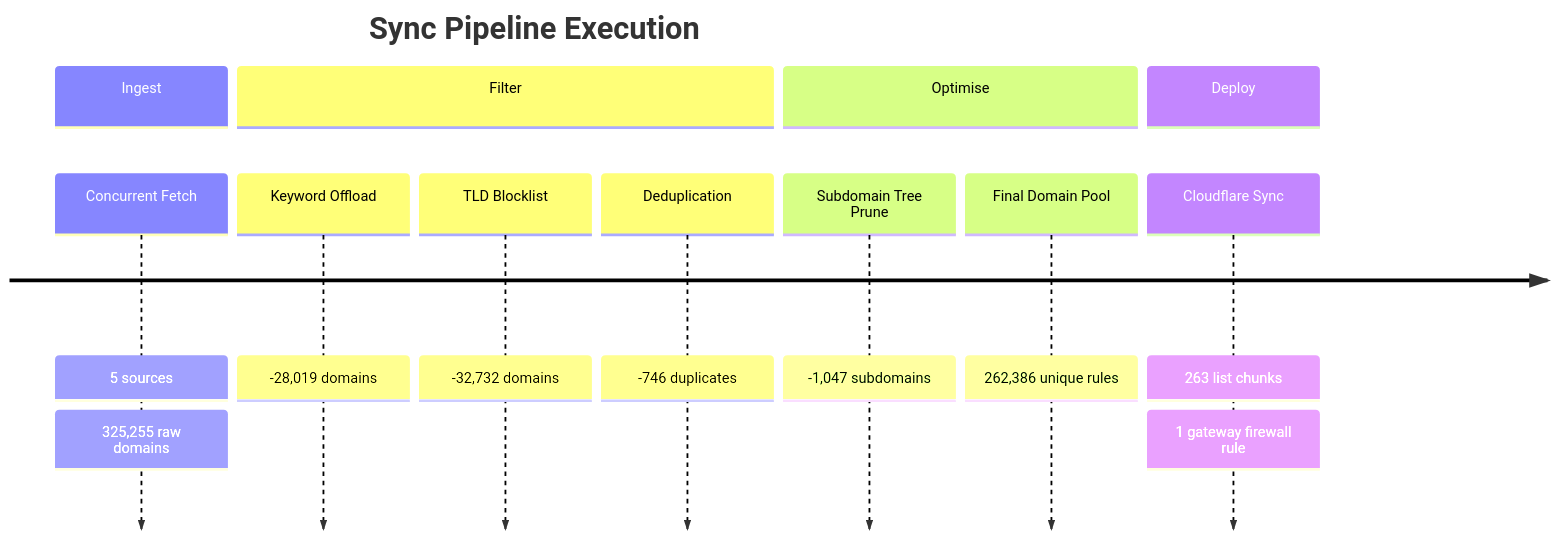
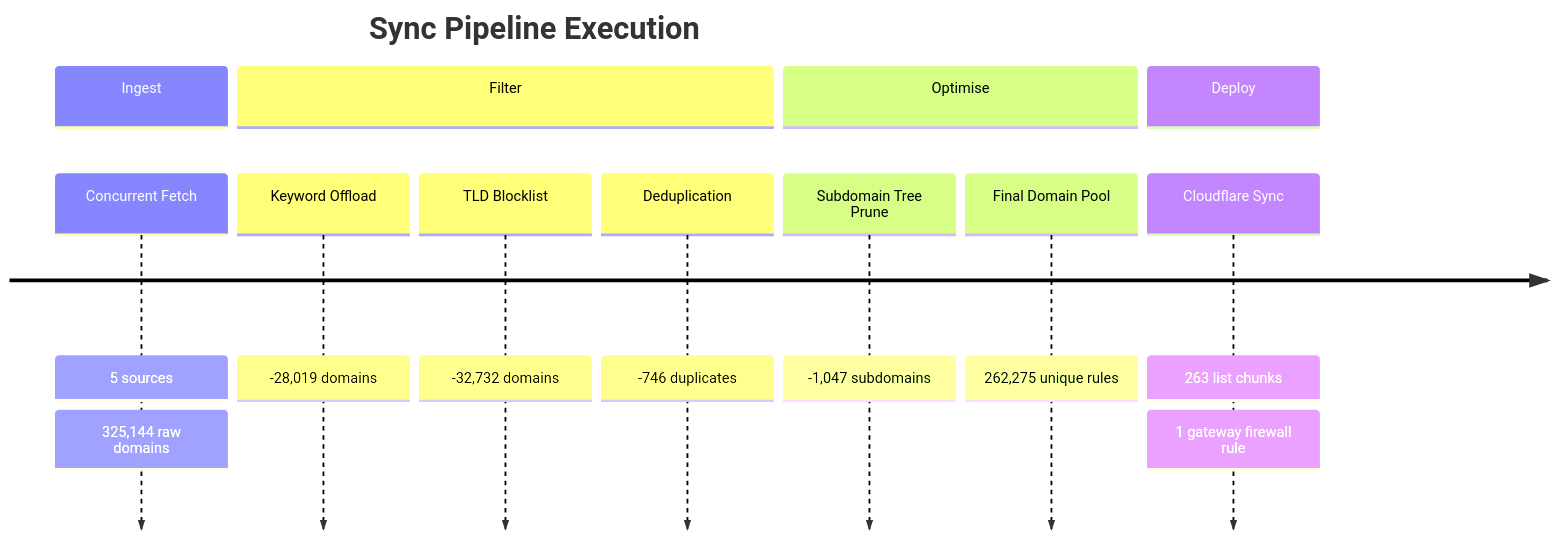
One commit to brojangles24/Cloudflare-ZeroTrust-AdBlock changed the second of 6 diagrams in README_STATS.md. Above: the diagram before and after it, drawn with Mermaid. The commit also changed other lines of this file and 1 other file, not shown here.

````diff
--- a/README_STATS.md
+++ b/README_STATS.md
@@ -54,17 +54,17 @@
 ```mermaid
 timeline
     title Sync Pipeline Execution
     section Ingest
         Concurrent Fetch   : 5 sources
-                           : 325,255 raw domains
+                           : 325,144 raw domains
     section Filter
         Keyword Offload    : -28,019 domains
         TLD Blocklist      : -32,732 domains
         Deduplication      : -746 duplicates
     section Optimise
         Subdomain Tree Prune : -1,047 subdomains
-        Final Domain Pool    : 262,386 unique rules
+        Final Domain Pool    : 262,275 unique rules
     section Deploy
         Cloudflare Sync    : 263 list chunks
                            : 1 gateway firewall rule
 ```
````
